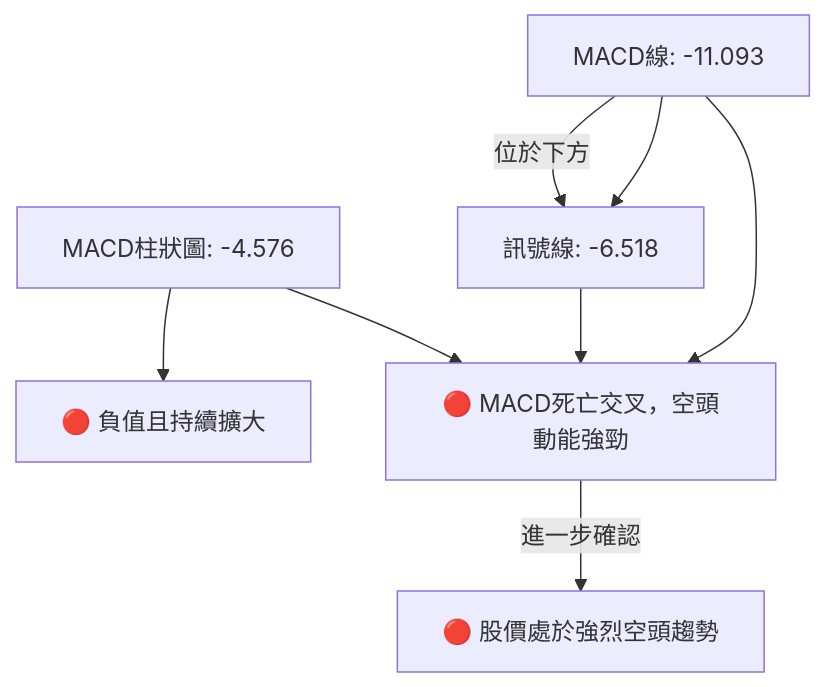
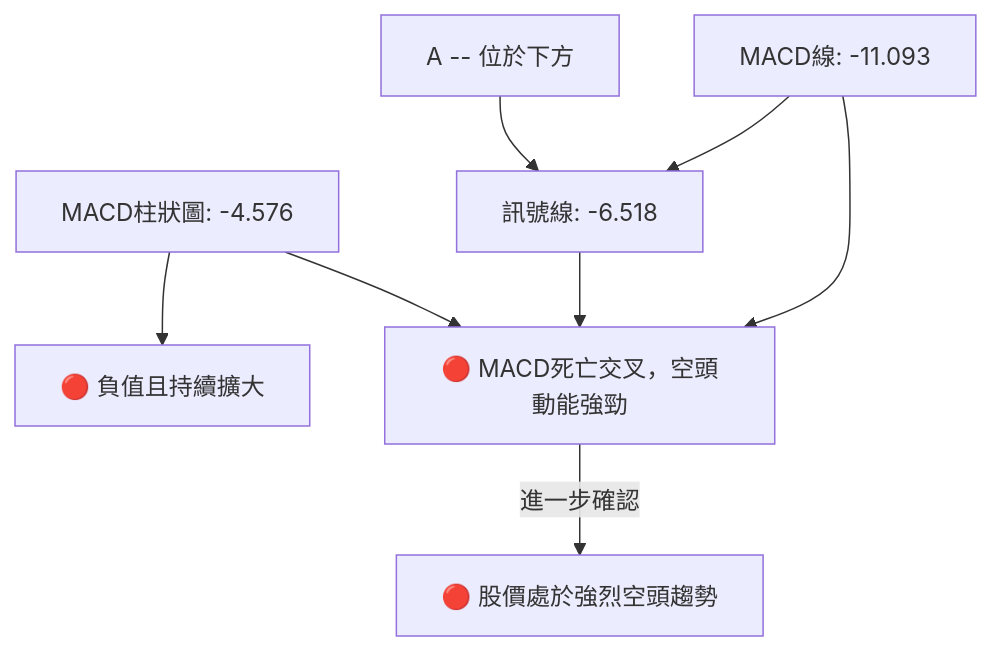
Before and after one commit to yennanliu/finance_data: the eighth of 12 diagrams in ai_gen_report/stock/avav/technical_analysis_2026-06-29_gemini.md, drawn with Mermaid. The commit also changed other lines of this file and 2258 other files, not shown here.

First line of the commit message:
chore: backfill Mermaid syntax repair across existing reports

````diff
--- a/ai_gen_report/stock/avav/technical_analysis_2026-06-29_gemini.md
+++ b/ai_gen_report/stock/avav/technical_analysis_2026-06-29_gemini.md
@@ -421,8 +421,8 @@
 ```mermaid
 graph TD
-    A[MACD線: -11.093] --> B[訊號線: -6.518]
-    A -- 位於下方 --> B
-    C[MACD柱狀圖: -4.576] --> D[🔴 負值且持續擴大]
-    A & B & C --> E[🔴 MACD死亡交叉，空頭動能強勁]
-    E -- 進一步確認 --> F[🔴 股價處於強烈空頭趨勢]
+    A["MACD線: -11.093"] --> B["訊號線: -6.518"]
+    nb1["A -- 位於下方"] --> B
+    C["MACD柱狀圖: -4.576"] --> D["🔴 負值且持續擴大"]
+    A & B & C --> E["🔴 MACD死亡交叉，空頭動能強勁"]
+    E -- 進一步確認 --> F["🔴 股價處於強烈空頭趨勢"]
 ```
````
